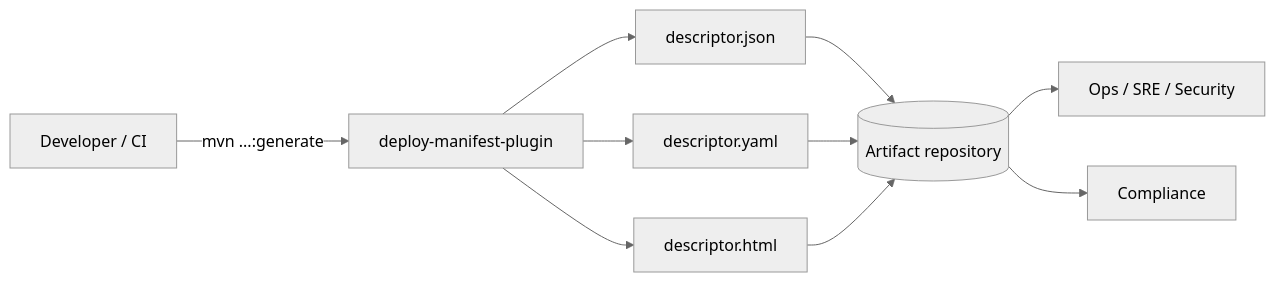
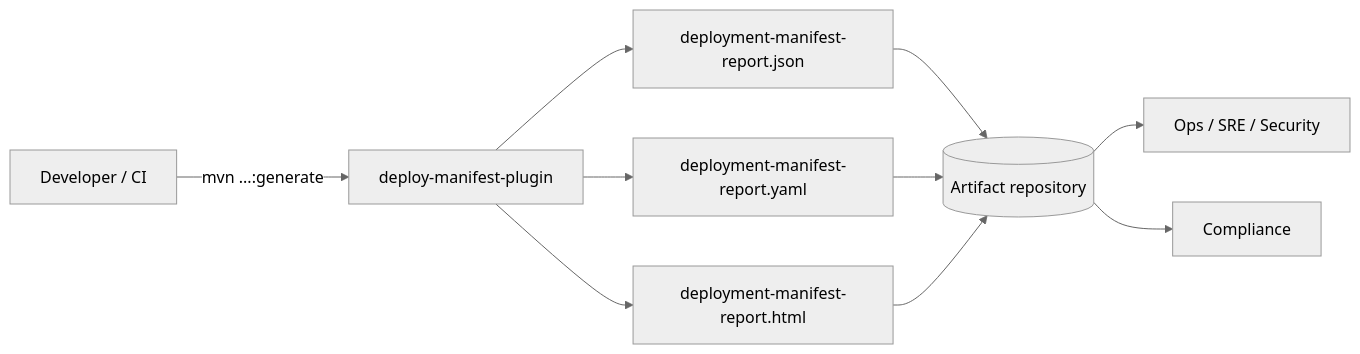
Before and after one commit to tourem/deploy-manifest-plugin: the diagram in doc-en.md, drawn with Mermaid (neutral theme). The commit also changed other lines of this file and 7 other files, not shown here.

First line of the commit message:
refactor: Rename default output file from 'descriptor' to 'deployment-manifest-report'

````diff
--- a/doc-en.md
+++ b/doc-en.md
@@ -69,12 +69,12 @@
 ```mermaid
 flowchart LR
   Dev[Developer / CI] -->|mvn ...:generate| Plugin[deploy-manifest-plugin]
-  Plugin --> JSON[descriptor.json]
-  Plugin --> YAML[descriptor.yaml]
-  Plugin --> HTML[descriptor.html]
+  Plugin --> JSON[deployment-manifest-report.json]
+  Plugin --> YAML[deployment-manifest-report.yaml]
+  Plugin --> HTML[deployment-manifest-report.html]
   JSON --> Repo[(Artifact repository)]
   YAML --> Repo
   HTML --> Repo
   Repo --> Ops[Ops / SRE / Security]
   Repo --> Auditors[Compliance]
 ```
````
